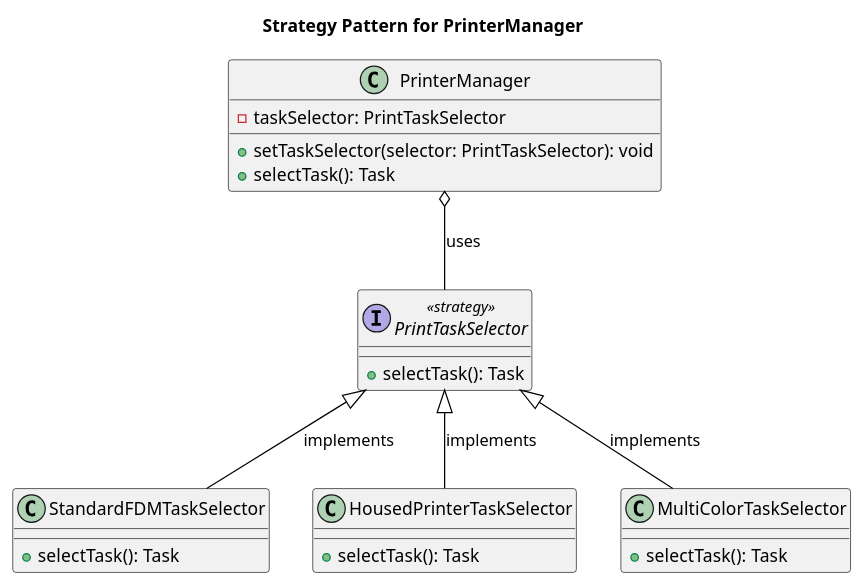
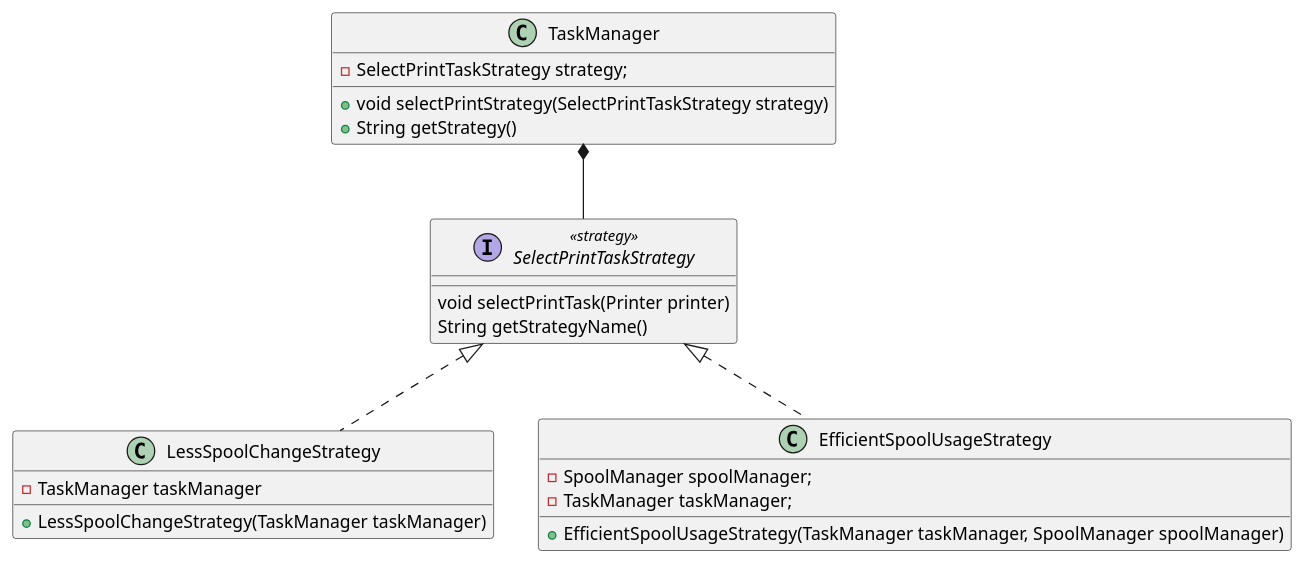
The diagram in src/main/diagrams/StrategyPattern.puml (hann-xq/system-design), drawn with PlantUML before and after one commit. The commit also changed 16 other files, not shown here.

Commit message:
added diagrams + more refactoring

```diff
--- a/src/main/diagrams/StrategyPattern.puml
+++ b/src/main/diagrams/StrategyPattern.puml
@@ -1,35 +1,28 @@
 @startuml
 skinparam class {
 
-    ArrowColor Black
-    BorderColor Black
 }
 
-title Strategy Pattern for PrinterManager
-
-interface PrintTaskSelector <<strategy>> {
-    +selectTask(): Task
+interface SelectPrintTaskStrategy <<strategy>> {
+    void selectPrintTask(Printer printer)
+    String getStrategyName()
 }
 
-class StandardFDMTaskSelector  {
-    +selectTask(): Task
+class LessSpoolChangeStrategy implements SelectPrintTaskStrategy {
+    - TaskManager taskManager
+    + LessSpoolChangeStrategy(TaskManager taskManager)
 }
-class HousedPrinterTaskSelector {
-    +selectTask(): Task
-}
-class MultiColorTaskSelector  {
-    +selectTask(): Task
+class EfficientSpoolUsageStrategy implements SelectPrintTaskStrategy {
+    - SpoolManager spoolManager;
+    - TaskManager taskManager;
+    + EfficientSpoolUsageStrategy(TaskManager taskManager, SpoolManager spoolManager)
 }
 
-class PrinterManager {
-    -taskSelector: PrintTaskSelector
-    +setTaskSelector(selector: PrintTaskSelector): void
-    +selectTask(): Task
+class TaskManager {
+    - SelectPrintTaskStrategy strategy;
+    + void selectPrintStrategy(SelectPrintTaskStrategy strategy)
+    + String getStrategy()
 }
 
-PrintTaskSelector <|-- StandardFDMTaskSelector : implements
-PrintTaskSelector <|-- HousedPrinterTaskSelector : implements
-PrintTaskSelector <|-- MultiColorTaskSelector : implements
-
-PrinterManager o-- PrintTaskSelector : uses
+TaskManager *-- SelectPrintTaskStrategy
 @enduml
```
